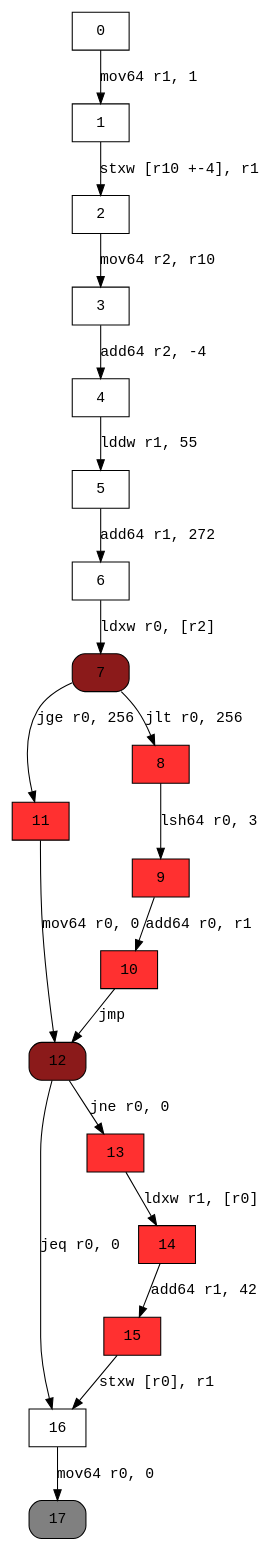
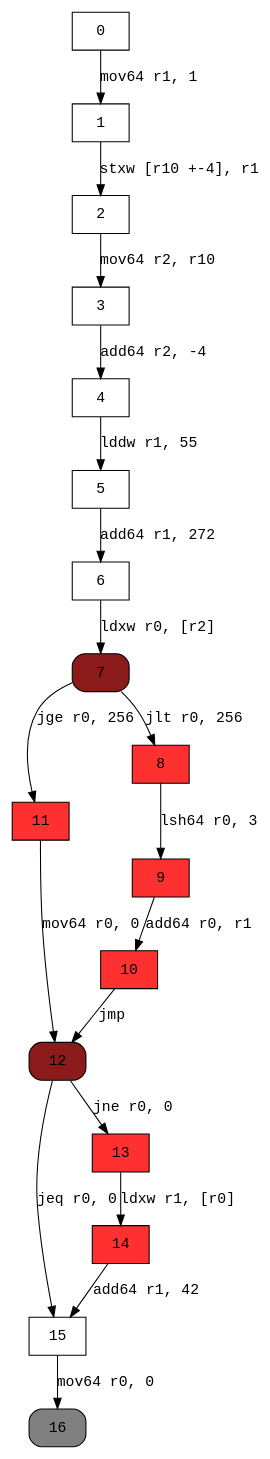
Before and after one commit to XicoCorreia/Information-Flow-Analysis-Thesis: the diagram in ebpfPrograms/graphs/mapsFun.dot, drawn with Graphviz. The commit also changed 16 other files, not shown here.

```diff
--- a/ebpfPrograms/graphs/mapsFun.dot
+++ b/ebpfPrograms/graphs/mapsFun.dot
@@ -1,34 +1,32 @@
 digraph cfg { 
 node [fontname="monospace"];
 node [shape=box];
 edge [fontname="monospace"];
   0 -> 1 [label="mov64 r1, 1"];
   1 -> 2 [label="stxw [r10 +-4], r1"];
   2 -> 3 [label="mov64 r2, r10"];
   3 -> 4 [label="add64 r2, -4"];
   4 -> 5 [label="lddw r1, 55"];
   5 -> 6 [label="add64 r1, 272"];
   6 -> 7 [label="ldxw r0, [r2]"];
   7 -> 11 [label="jge r0, 256"];
   7 -> 8 [label="jlt r0, 256"];
   8 -> 9 [label="lsh64 r0, 3"];
   9 -> 10 [label="add64 r0, r1"];
   10 -> 12 [label="jmp"];
   11 -> 12 [label="mov64 r0, 0"];
-  12 -> 16 [label="jeq r0, 0"];
+  12 -> 15 [label="jeq r0, 0"];
   12 -> 13 [label="jne r0, 0"];
   13 -> 14 [label="ldxw r1, [r0]"];
   14 -> 15 [label="add64 r1, 42"];
-  15 -> 16 [label="stxw [r0], r1"];
-  16 -> 17 [label="mov64 r0, 0"];
+  15 -> 16 [label="mov64 r0, 0"];
 7 [style="rounded,filled",fillcolor=firebrick4];
 8 [style=filled,fillcolor=firebrick1];
 9 [style=filled,fillcolor=firebrick1];
 10 [style=filled,fillcolor=firebrick1];
 11 [style=filled,fillcolor=firebrick1];
 12 [style="rounded,filled",fillcolor=firebrick4];
 13 [style=filled,fillcolor=firebrick1];
 14 [style=filled,fillcolor=firebrick1];
-15 [style=filled,fillcolor=firebrick1];
-17 [style="rounded,filled",fillcolor=grey];
+16 [style="rounded,filled",fillcolor=grey];
 }
```
